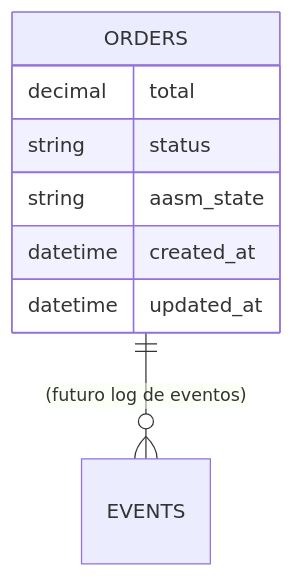
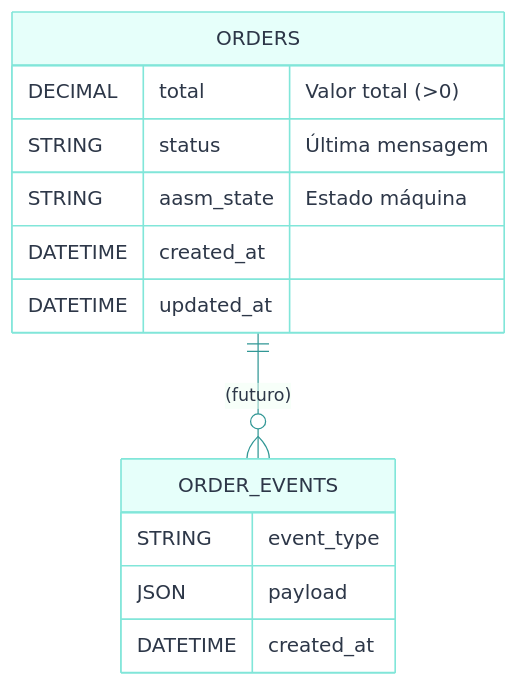
Before and after one commit to enogrob/project-qeevo-anubis: the second of 3 diagrams in contents/anubis.md, drawn with Mermaid. The commit also changed other lines of this file, not shown here.

````diff
--- a/contents/anubis.md
+++ b/contents/anubis.md
@@ -99,11 +121,17 @@
 ```mermaid
+%%{init: {'theme': 'base', 'themeVariables': { 'primaryColor':'#E6FFFA','primaryTextColor':'#2D3748','primaryBorderColor':'#81E6D9','lineColor':'#319795','secondaryColor':'#FFF5F5','tertiaryColor':'#F0FFF4'}}}%%
 erDiagram
-  ORDERS ||--o{ EVENTS : "(futuro log de eventos)"
+  ORDERS ||--o{ ORDER_EVENTS : "(futuro)" 
   ORDERS {
-    decimal total
-    string status
-    string aasm_state
-    datetime created_at
-    datetime updated_at
+    DECIMAL total "Valor total (>0)"
+    STRING status "Última mensagem"
+    STRING aasm_state "Estado máquina"
+    DATETIME created_at
+    DATETIME updated_at
+  }
+  ORDER_EVENTS {
+    STRING event_type
+    JSON payload
+    DATETIME created_at
   }
 ```
````
